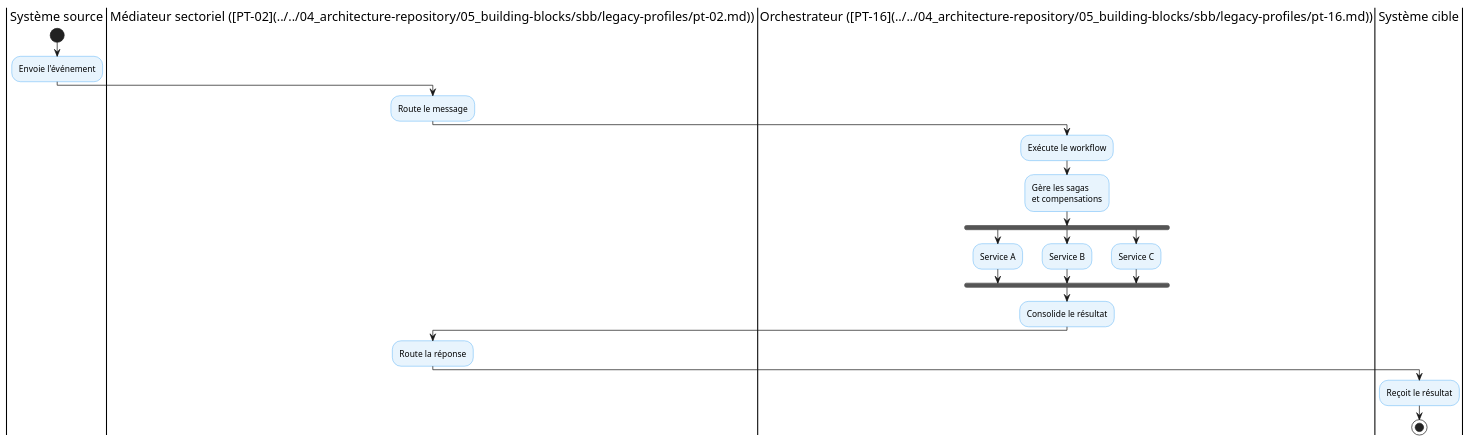
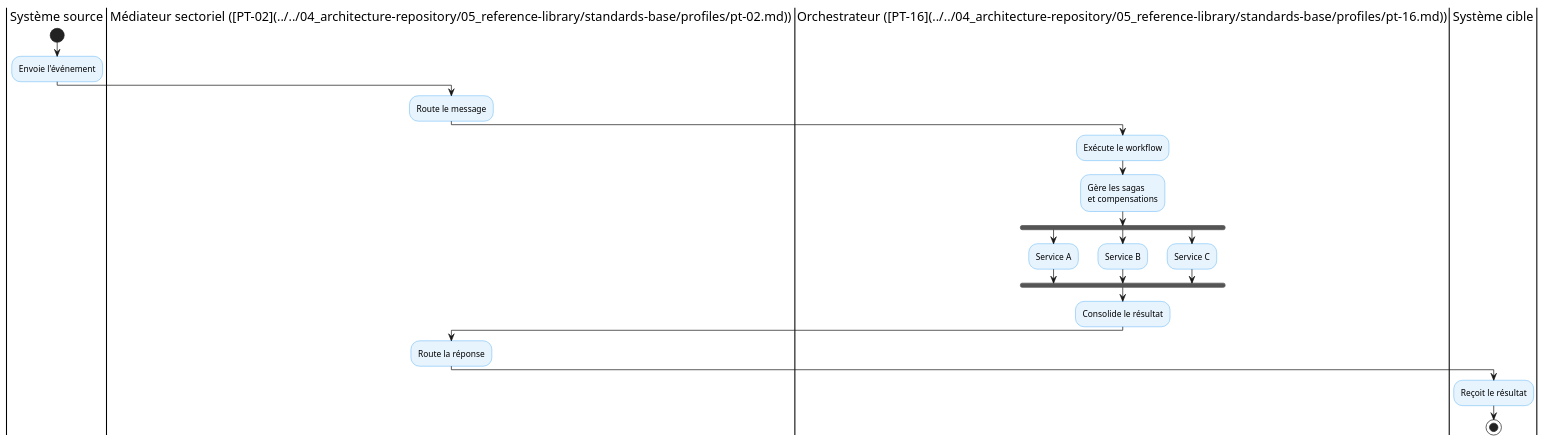
The diagram in 03_ptisn/03_profils/pt-16-orchestration-processus.md (Data-Fi-Madagascar/health-enterprise-architecture), drawn with PlantUML before and after one commit. The commit also changed other lines of this file and 816 other files, not shown here.

````diff
--- a/03_ptisn/03_profils/pt-16-orchestration-processus.md
+++ b/03_ptisn/03_profils/pt-16-orchestration-processus.md
@@ -113,39 +113,39 @@
 ```plantuml
 @startuml
 skinparam activity {
   BackgroundColor #E8F4FD
   BorderColor #2196F3
 }
 
 |Système source|
 start
 :Envoie l'événement;
 
-|Médiateur sectoriel ([PT-02](../../04_architecture-repository/05_building-blocks/sbb/legacy-profiles/pt-02.md))|
+|Médiateur sectoriel ([PT-02](../../04_architecture-repository/05_reference-library/standards-base/profiles/pt-02.md))|
 :Route le message;
 
-|Orchestrateur ([PT-16](../../04_architecture-repository/05_building-blocks/sbb/legacy-profiles/pt-16.md))|
+|Orchestrateur ([PT-16](../../04_architecture-repository/05_reference-library/standards-base/profiles/pt-16.md))|
 :Exécute le workflow;
 :Gère les sagas
 et compensations;
 
 fork
   :Service A;
 fork again
   :Service B;
 fork again
   :Service C;
 end fork
 
 :Consolide le résultat;
 
-|Médiateur sectoriel ([PT-02](../../04_architecture-repository/05_building-blocks/sbb/legacy-profiles/pt-02.md))|
+|Médiateur sectoriel ([PT-02](../../04_architecture-repository/05_reference-library/standards-base/profiles/pt-02.md))|
 :Route la réponse;
 
 |Système cible|
 :Reçoit le résultat;
 
 stop
 
 @enduml
 ```
````
